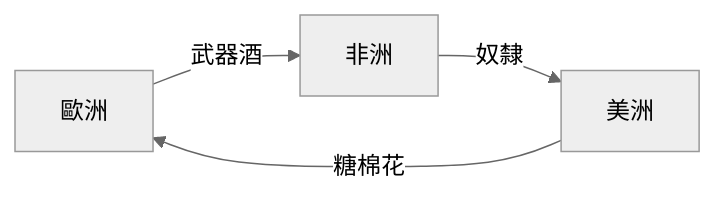
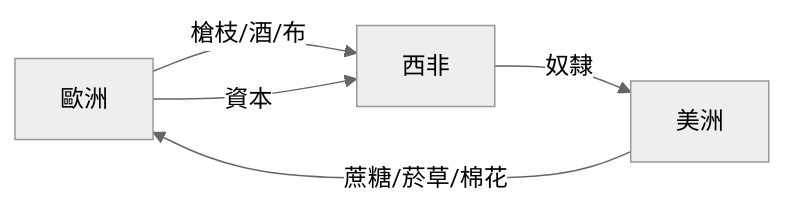
One commit to yip-lgtm/HKU-Harvard-History-Self-Study changed the second of 10 diagrams in 01_HKU_Courses/HIST2230_Early_modern_Atlantic_Worlds.md. Above: the diagram before and after it, drawn with Mermaid (neutral theme). The commit also changed other lines of this file and 65 other files, not shown here.

````diff
--- a/01_HKU_Courses/HIST2230_Early_modern_Atlantic_Worlds.md
+++ b/01_HKU_Courses/HIST2230_Early_modern_Atlantic_Worlds.md
@@ -101,6 +177,7 @@
 ```mermaid
 flowchart LR
-    A[歐洲] -->|武器酒| B[非洲]
+    A[歐洲] -->|槍枝/酒/布| B[西非]
     B -->|奴隸| C[美洲]
-    C -->|糖棉花| A
+    C -->|蔗糖/菸草/棉花| A
+    A -->|資本| B
 ```
````
